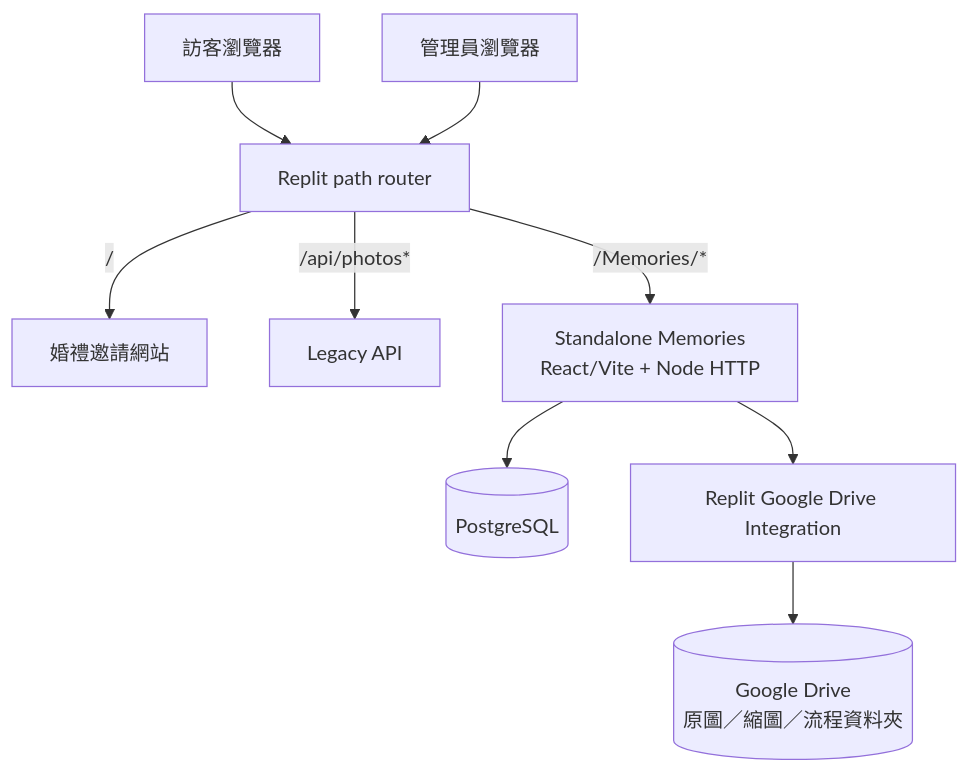
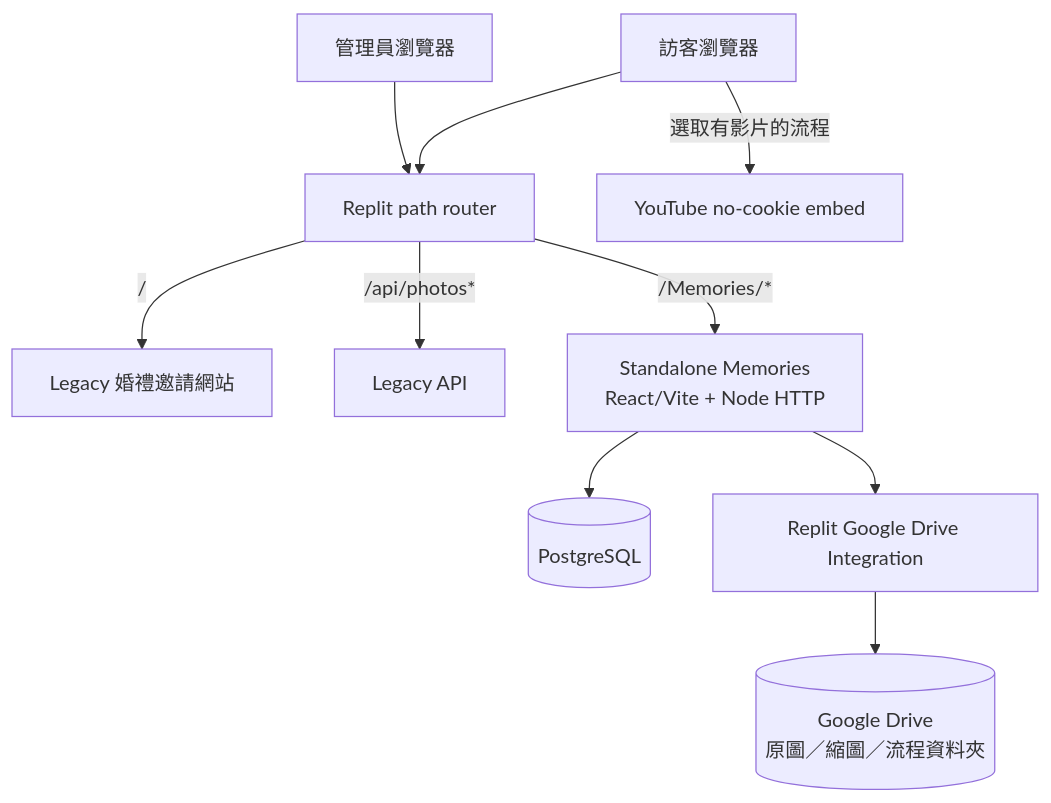
Before and after one commit to royleon4/huang_yeh_wedding: the first of 4 diagrams in README.md, drawn with Mermaid. The commit also changed other lines of this file, not shown here.

````diff
--- a/README.md
+++ b/README.md
@@ -104,20 +144,22 @@
 ```mermaid
 flowchart TB
   Visitor[訪客瀏覽器]
   Admin[管理員瀏覽器]
   Router[Replit path router]
-  Legacy[婚禮邀請網站]
+  Legacy[Legacy 婚禮邀請網站]
   LegacyAPI[Legacy API]
   Memories[Standalone Memories\nReact/Vite + Node HTTP]
   DB[(PostgreSQL)]
   Connector[Replit Google Drive Integration]
   Drive[(Google Drive\n原圖／縮圖／流程資料夾)]
+  YouTube[YouTube no-cookie embed]
 
   Visitor --> Router
   Admin --> Router
   Router -->|/| Legacy
   Router -->|/api/photos*| LegacyAPI
   Router -->|/Memories/*| Memories
   Memories --> DB
   Memories --> Connector --> Drive
+  Visitor -->|選取有影片的流程| YouTube
 ```
````
